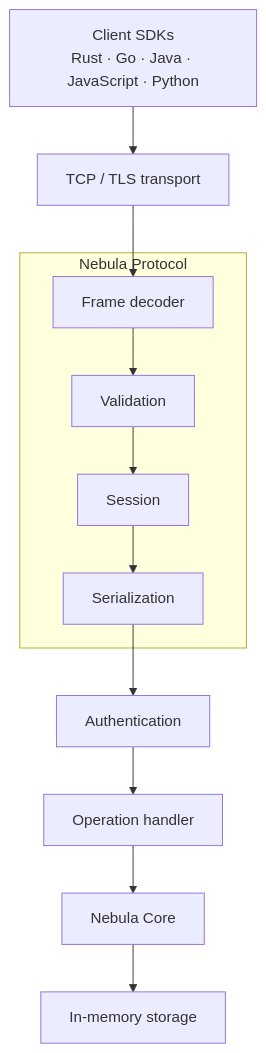
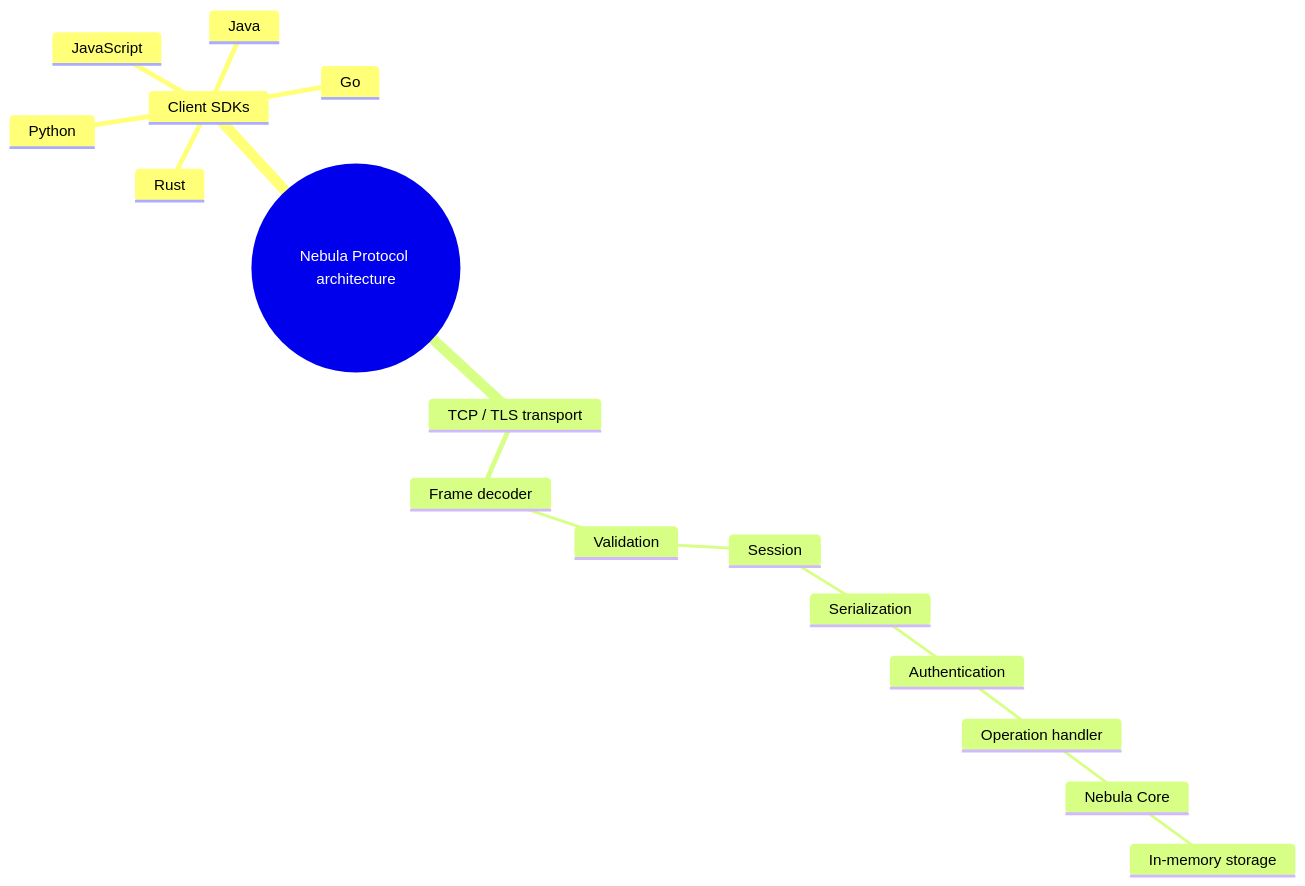
The fifth of 5 diagrams in content/articles/nebula-protocol/index.md (dyotamo/blog), drawn with Mermaid before and after one commit. The commit also changed other lines of this file and 26 other files, not shown here.

````diff
--- a/content/articles/nebula-protocol/index.md
+++ b/content/articles/nebula-protocol/index.md
@@ -429,16 +448,19 @@
 ```mermaid
-flowchart TD
-    sdks["Client SDKs<br/>Rust · Go · Java · JavaScript · Python"] --> transport["TCP / TLS transport"]
-    transport --> decoder["Frame decoder"]
-    subgraph protocol["Nebula Protocol"]
-        decoder
-        validation["Validation"]
-        session["Session"]
-        serialization["Serialization"]
-        decoder --> validation --> session --> serialization
-    end
-    serialization --> auth["Authentication"]
-    auth --> handler["Operation handler"]
-    handler --> core["Nebula Core"]
-    core --> storage["In-memory storage"]
+mindmap
+  root((Nebula Protocol architecture))
+    Client SDKs
+      Rust
+      Go
+      Java
+      JavaScript
+      Python
+    TCP / TLS transport
+      Frame decoder
+        Validation
+          Session
+            Serialization
+              Authentication
+                Operation handler
+                  Nebula Core
+                    In-memory storage
 ```
````
